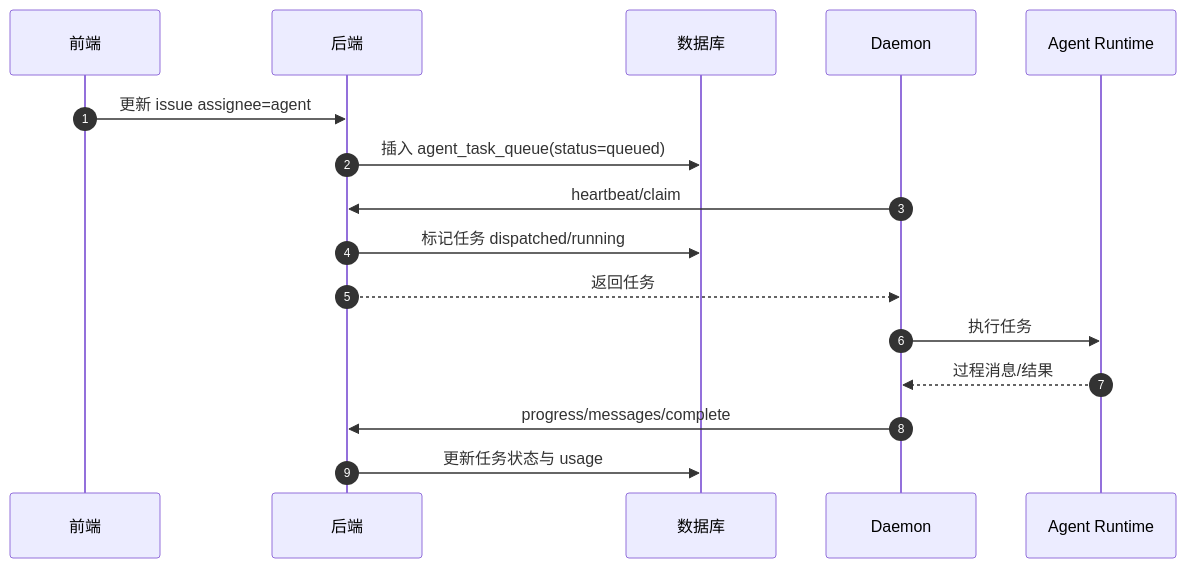
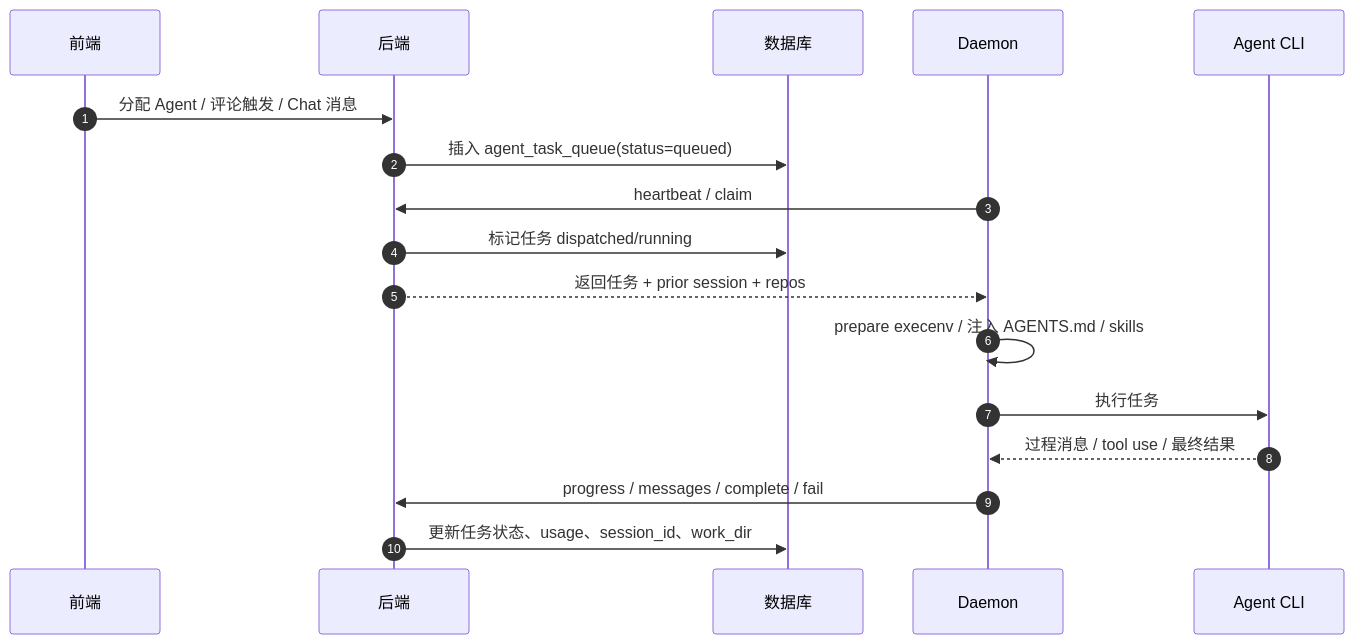
Before and after one commit to ninggc/multica: the sixth of 16 diagrams in my-docs/multica-架构与权限分析.md, drawn with Mermaid. The commit also changed other lines of this file and 1 other file, not shown here.

Commit message:
新增 Multica 架构与权限分析评审摘要文档，概述系统核心执行链路、Agent 执行位置、权限风险及建议收口措施。

````diff
--- a/my-docs/multica-架构与权限分析.md
+++ b/my-docs/multica-架构与权限分析.md
@@ -276,21 +296,22 @@
 ```mermaid
 sequenceDiagram
     autonumber
     participant FE as 前端
     participant API as 后端
     participant DB as 数据库
     participant D as Daemon
-    participant Agent as Agent Runtime
+    participant Agent as Agent CLI
 
-    FE->>API: 更新 issue assignee=agent
+    FE->>API: 分配 Agent / 评论触发 / Chat 消息
     API->>DB: 插入 agent_task_queue(status=queued)
 
-    D->>API: heartbeat/claim
+    D->>API: heartbeat / claim
     API->>DB: 标记任务 dispatched/running
-    API-->>D: 返回任务
+    API-->>D: 返回任务 + prior session + repos
 
+    D->>D: prepare execenv / 注入 AGENTS.md / skills
     D->>Agent: 执行任务
-    Agent-->>D: 过程消息/结果
-    D->>API: progress/messages/complete
-    API->>DB: 更新任务状态与 usage
+    Agent-->>D: 过程消息 / tool use / 最终结果
+    D->>API: progress / messages / complete / fail
+    API->>DB: 更新任务状态、usage、session_id、work_dir
 ```
````
